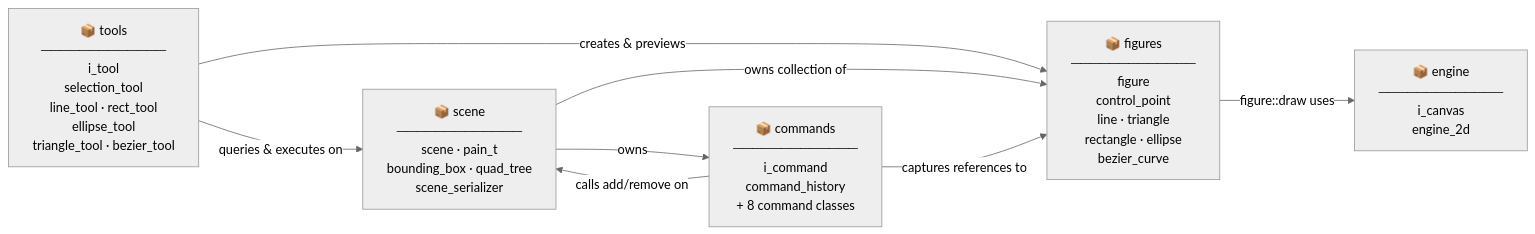
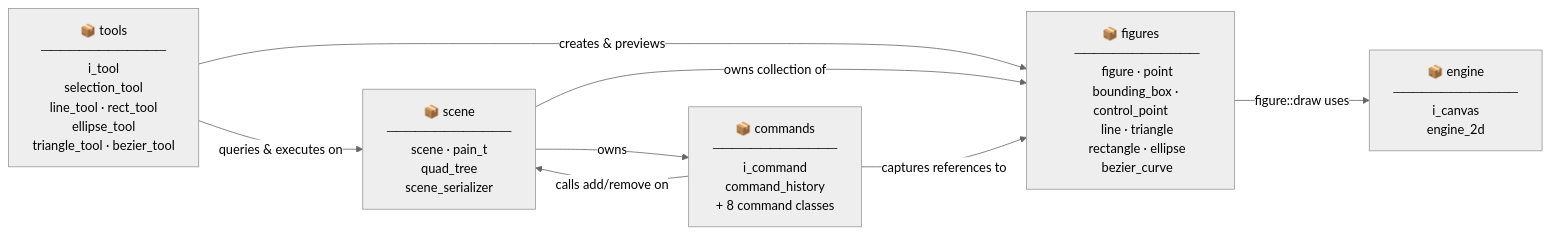
Before and after one commit to MiguelCiav/pain_t: the diagram in README.md, drawn with Mermaid (neutral theme). The commit also changed 61 other files, not shown here.

Commit message:
feat: add point and control_point classes and tests

````diff
--- a/README.md
+++ b/README.md
@@ -5,43 +5,43 @@
 ```mermaid
 graph LR
     engine["📦 engine
     ─────────────
     i_canvas
     engine_2d"]
 
     figures["📦 figures
     ─────────────
-    figure
-    control_point
+    figure · point
+    bounding_box · control_point
     line · triangle
     rectangle · ellipse
     bezier_curve"]
 
     scene_pkg["📦 scene
     ─────────────
     scene · pain_t
-    bounding_box · quad_tree
+    quad_tree
     scene_serializer"]
 
     tools["📦 tools
     ─────────────
     i_tool
     selection_tool
     line_tool · rect_tool
     ellipse_tool
     triangle_tool · bezier_tool"]
 
     commands["📦 commands
     ─────────────
     i_command
     command_history
     + 8 command classes"]
 
     figures     -->|"figure::draw uses"| engine
     scene_pkg   -->|"owns collection of"| figures
     scene_pkg   -->|"owns"| commands
     tools       -->|"creates & previews"| figures
     tools       -->|"queries & executes on"| scene_pkg
     commands    -->|"captures references to"| figures
     commands    -->|"calls add/remove on"| scene_pkg
 ```
````
